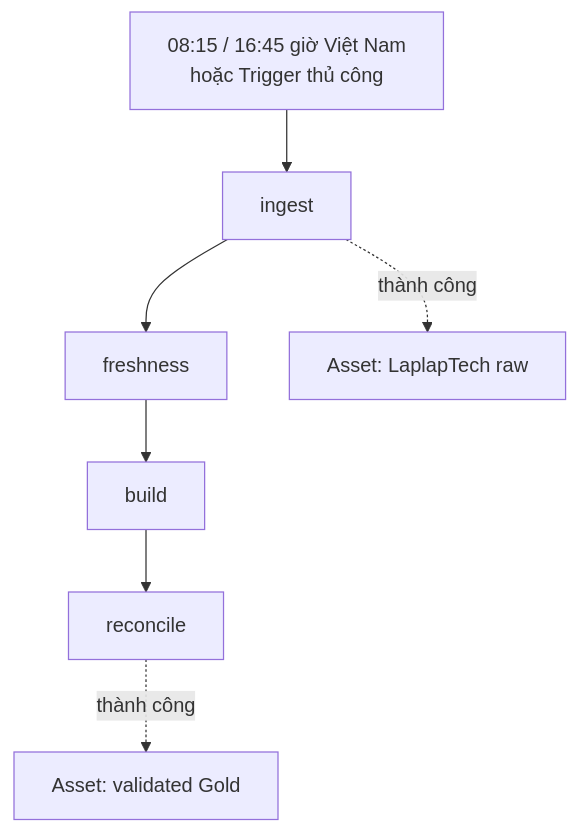
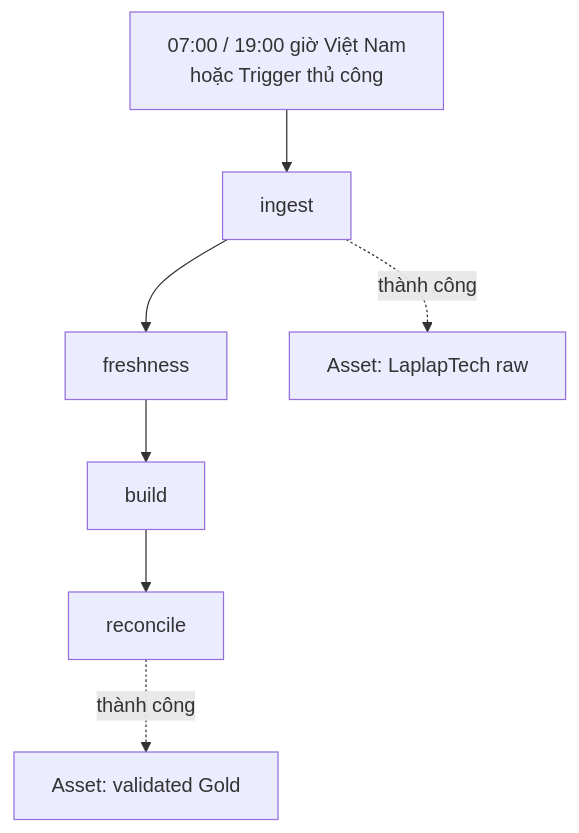
One commit to PhucTruong11/laplaptech_pipeline changed the third of 13 diagrams in docs/architecture/data_flow.md. Above: the diagram before and after it, drawn with Mermaid. The commit also changed other lines of this file and 13 other files, not shown here.

````diff
--- a/docs/architecture/data_flow.md
+++ b/docs/architecture/data_flow.md
@@ -97,7 +97,7 @@
 ```mermaid
 flowchart TB
-    T["08:15 / 16:45 giờ Việt Nam<br/>hoặc Trigger thủ công"] --> I["ingest"]
+    T["07:00 / 19:00 giờ Việt Nam<br/>hoặc Trigger thủ công"] --> I["ingest"]
     I --> F["freshness"] --> B["build"] --> R["reconcile"]
     I -. "thành công" .-> RAW["Asset: LaplapTech raw"]
     R -. "thành công" .-> GOLD["Asset: validated Gold"]
 ```
````
